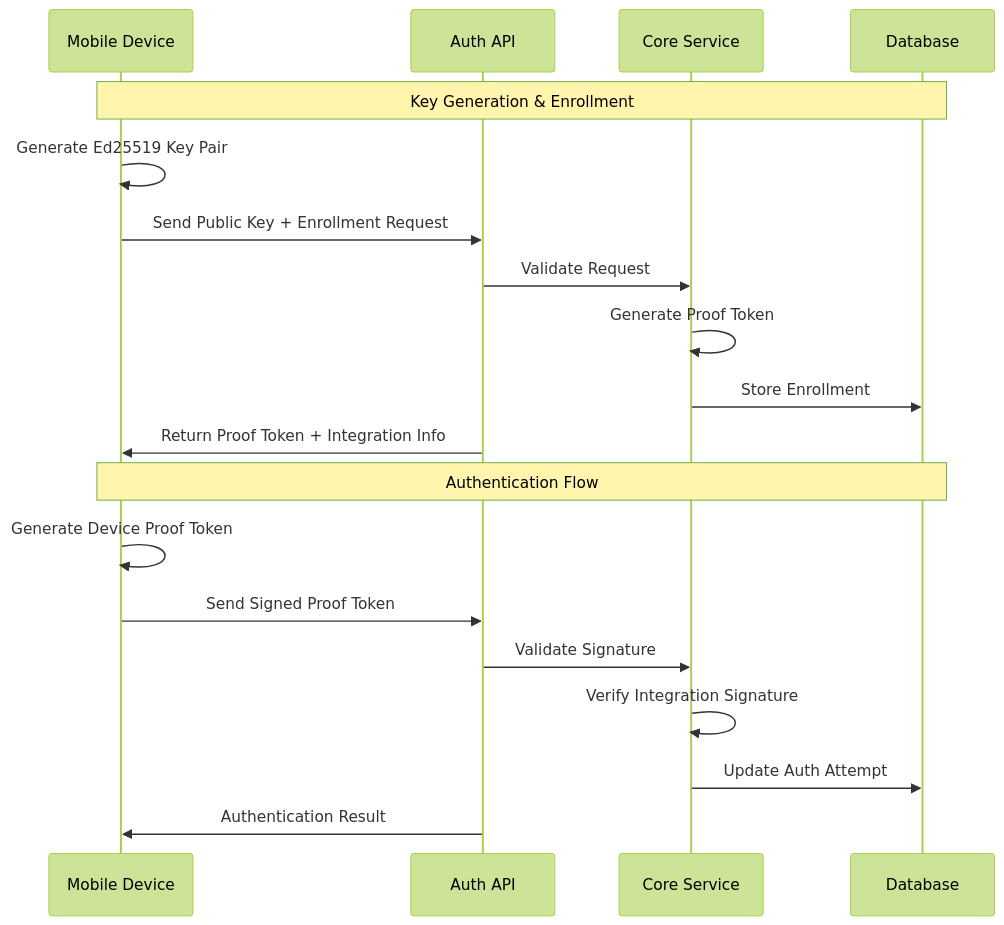
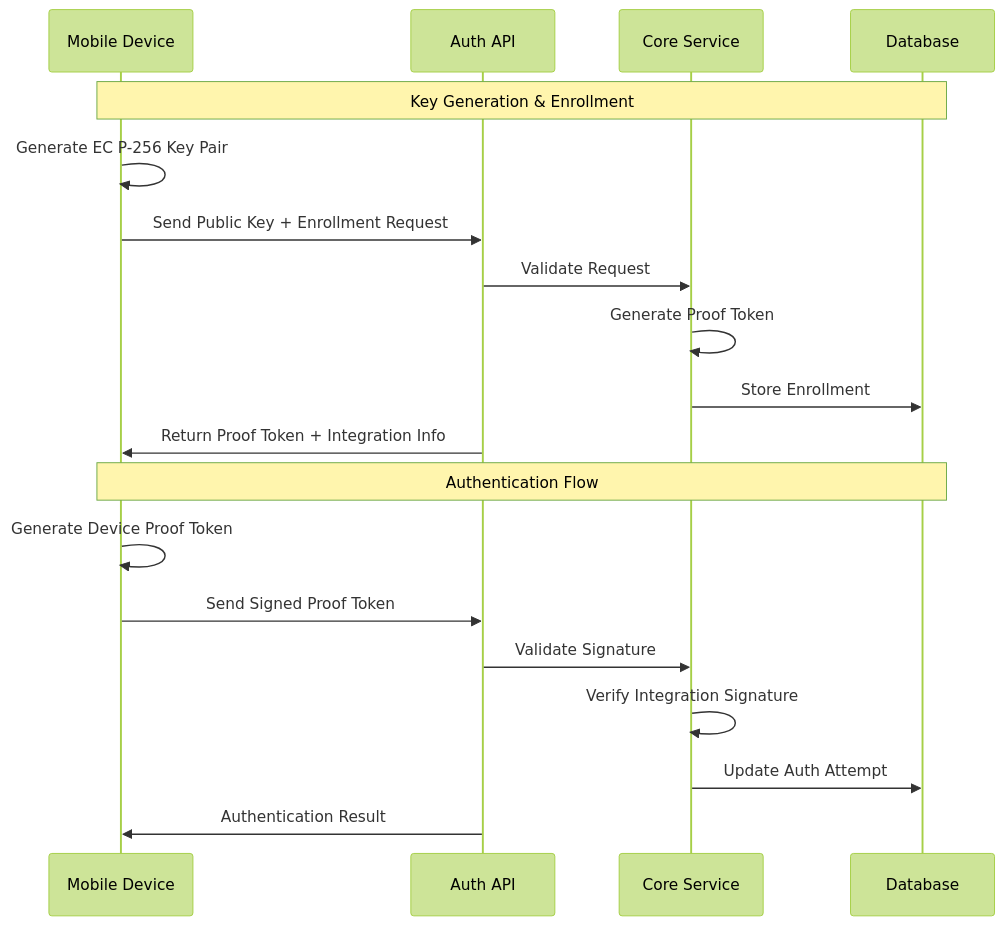
One commit to mgagp/ezkey changed the tenth of 11 diagrams in README.md. Above: the diagram before and after it, drawn with Mermaid (forest theme). The commit also changed other lines of this file and 5 other files, not shown here.

````diff
--- a/README.md
+++ b/README.md
@@ -389,23 +389,23 @@
 ```mermaid
 sequenceDiagram
     participant Device as Mobile Device
     participant Auth as Auth API
     participant Core as Core Service
     participant DB as Database
     
     Note over Device,DB: Key Generation & Enrollment
-    Device->>Device: Generate Ed25519 Key Pair
+    Device->>Device: Generate EC P-256 Key Pair
     Device->>Auth: Send Public Key + Enrollment Request
     Auth->>Core: Validate Request
     Core->>Core: Generate Proof Token
     Core->>DB: Store Enrollment
     Auth->>Device: Return Proof Token + Integration Info
     
     Note over Device,DB: Authentication Flow
     Device->>Device: Generate Device Proof Token
     Device->>Auth: Send Signed Proof Token
     Auth->>Core: Validate Signature
     Core->>Core: Verify Integration Signature
     Core->>DB: Update Auth Attempt
     Auth->>Device: Authentication Result
 ```
````
